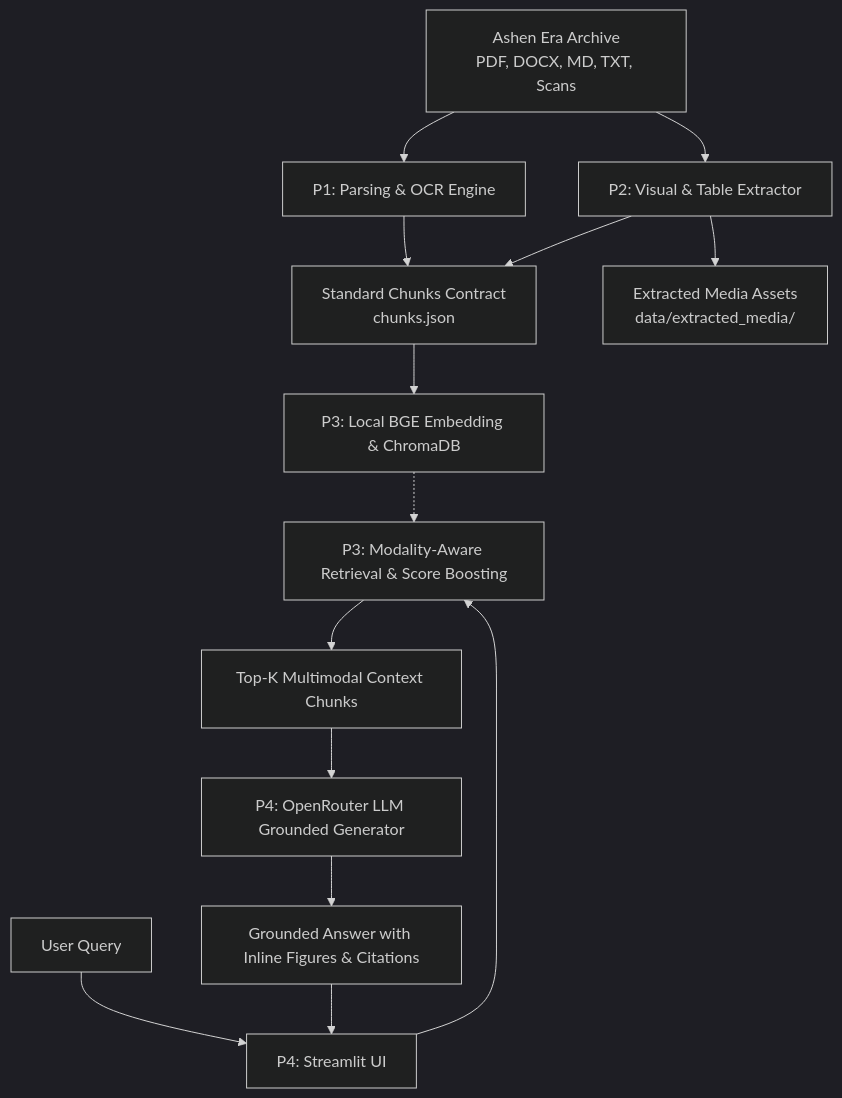
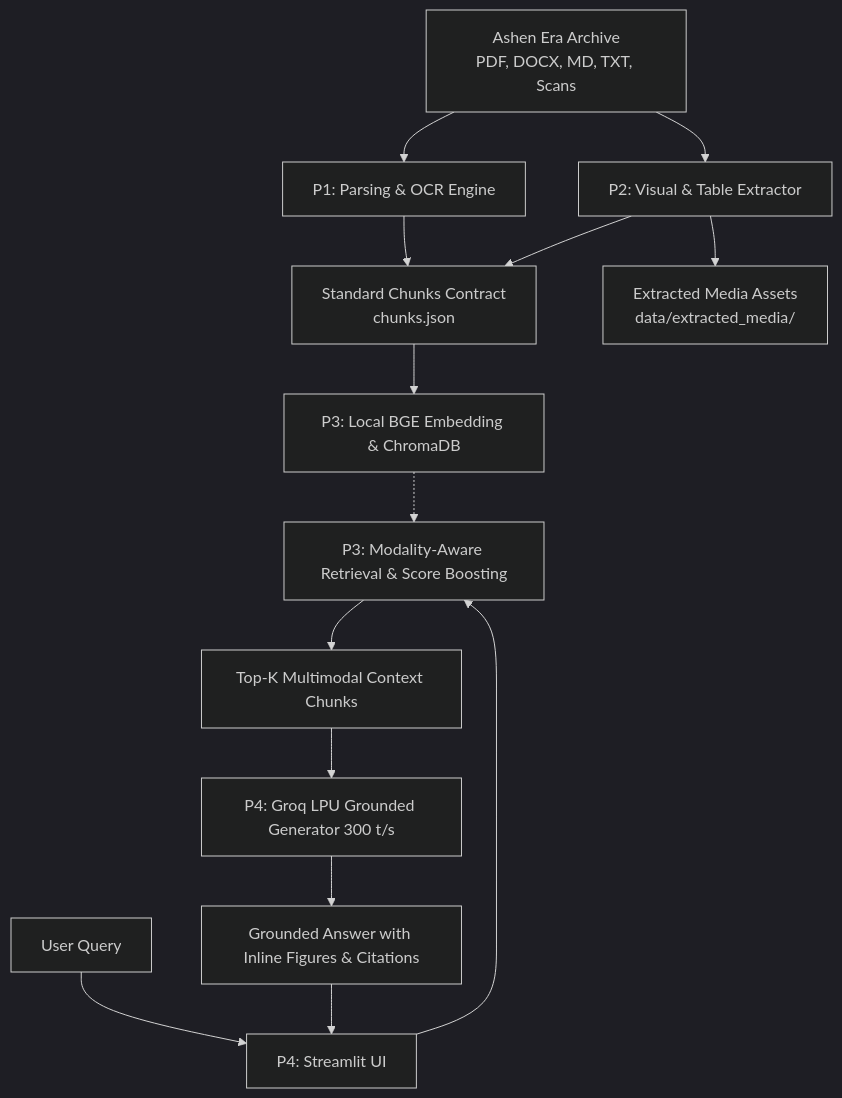
Before and after one commit to IT25101463/DeepThink: the diagram in README.md, drawn with Mermaid (dark theme). The commit also changed other lines of this file and 14 other files, not shown here.

First line of the commit message:
feat(pipeline): standardize on Groq 120B LPU inference and add pre-retrieval scope guardrail

````diff
--- a/README.md
+++ b/README.md
@@ -40,20 +40,20 @@
 ```mermaid
 graph TD
     A[Ashen Era Archive<br/>PDF, DOCX, MD, TXT, Scans] --> B1[P1: Parsing & OCR Engine]
     A --> B2[P2: Visual & Table Extractor]
     B1 --> C[Standard Chunks Contract<br/>chunks.json]
     B2 --> C
     B2 --> D[Extracted Media Assets<br/>data/extracted_media/]
     
     C --> E[P3: Local BGE Embedding & ChromaDB]
     
     F[User Query] --> G[P4: Streamlit UI]
     G --> H[P3: Modality-Aware Retrieval & Score Boosting]
     E -.-> H
     
     H --> I[Top-K Multimodal Context Chunks]
-    I --> J[P4: OpenRouter LLM Grounded Generator]
+    I --> J[P4: Groq LPU Grounded Generator 300 t/s]
     
     J --> K[Grounded Answer with Inline Figures & Citations]
     K --> G
 ```
````
